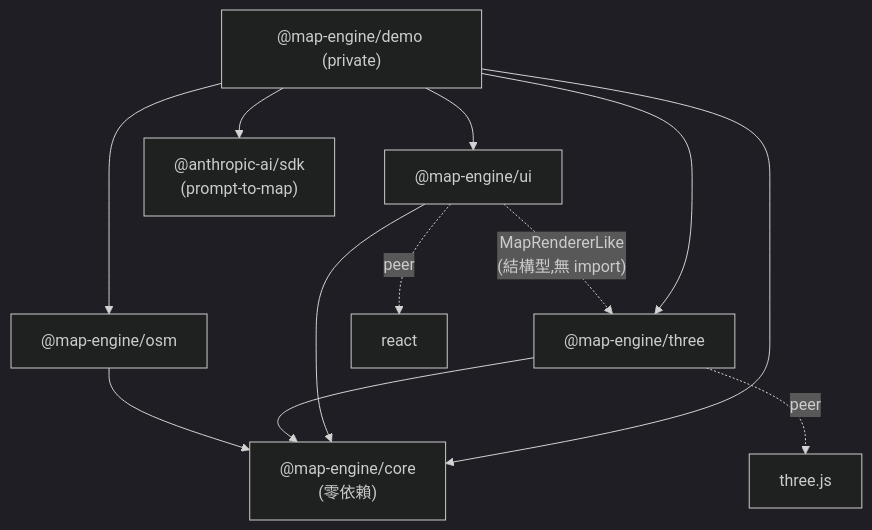
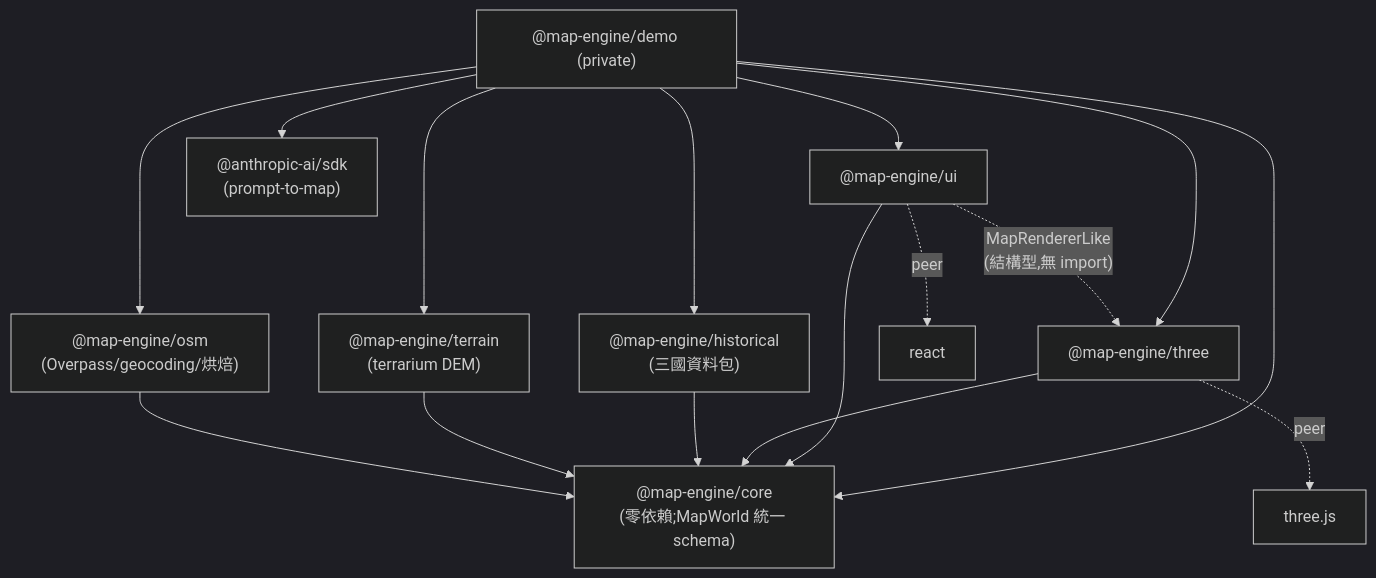
One commit to gordonlinghk/3d-map-engine changed the first of 2 diagrams in 3d-map-engine-development-guide.md. Above: the diagram before and after it, drawn with Mermaid (dark theme). The commit also changed other lines of this file, not shown here.

````diff
--- a/3d-map-engine-development-guide.md
+++ b/3d-map-engine-development-guide.md
@@ -141,12 +149,14 @@
 ```mermaid
 graph TD
-  core["@map-engine/core<br/>(零依賴)"]
-  osm["@map-engine/osm"] --> core
+  core["@map-engine/core<br/>(零依賴;MapWorld 統一 schema)"]
+  osm["@map-engine/osm<br/>(Overpass/geocoding/烘焙)"] --> core
+  terrain["@map-engine/terrain<br/>(terrarium DEM)"] --> core
+  hist["@map-engine/historical<br/>(三國資料包)"] --> core
   three["@map-engine/three"] --> core
-  three -. peer .-> threejs[three.js]
+  three -. peer .-> threejs["three.js"]
   ui["@map-engine/ui"] --> core
-  ui -. peer .-> react[react]
+  ui -. peer .-> react["react"]
   ui -. "MapRendererLike<br/>(結構型,無 import)" .-> three
-  demo["@map-engine/demo (private)"] --> core & osm & three & ui
+  demo["@map-engine/demo (private)"] --> core & osm & terrain & hist & three & ui
   demo --> sdk["@anthropic-ai/sdk<br/>(prompt-to-map)"]
 ```
````
